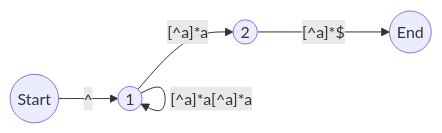
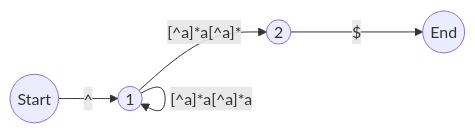
Diagram 13 of 20 in regexp/20220102.md (tdzl2003/leetcode_live), drawn with Mermaid before and after one commit. The commit also changed other lines of this file, not shown here.

````diff
--- a/regexp/20220102.md
+++ b/regexp/20220102.md
@@ -29,11 +158,11 @@
 ```mermaid
 graph LR
     Start((Start))
     1((1))
     2((2))
     End((End))
     Start -- ^ --> 1
-    1 -- "[^a]*a" --> 2
+    1 -- "[^a]*a[^a]*" --> 2
     1 -- "[^a]*a[^a]*a" --> 1
-    2 -- "[^a]*$" --> End
+    2 -- "$" --> End
 ```
````
